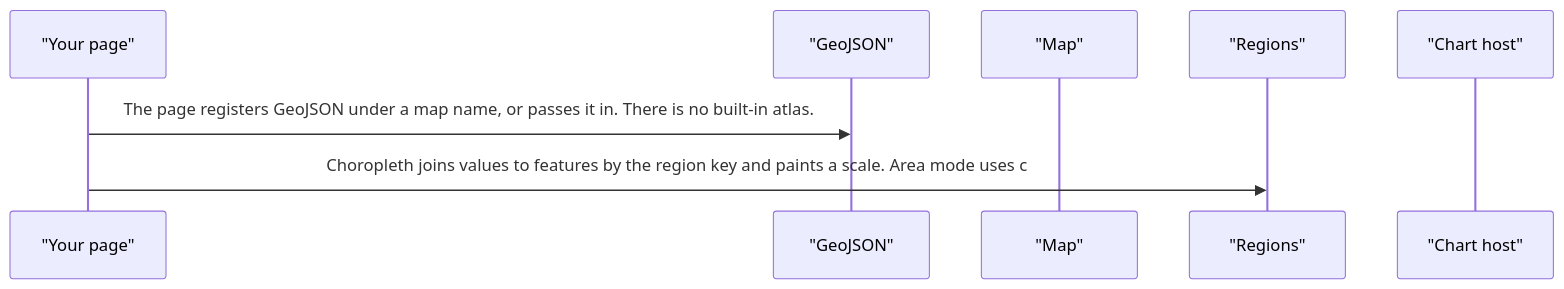
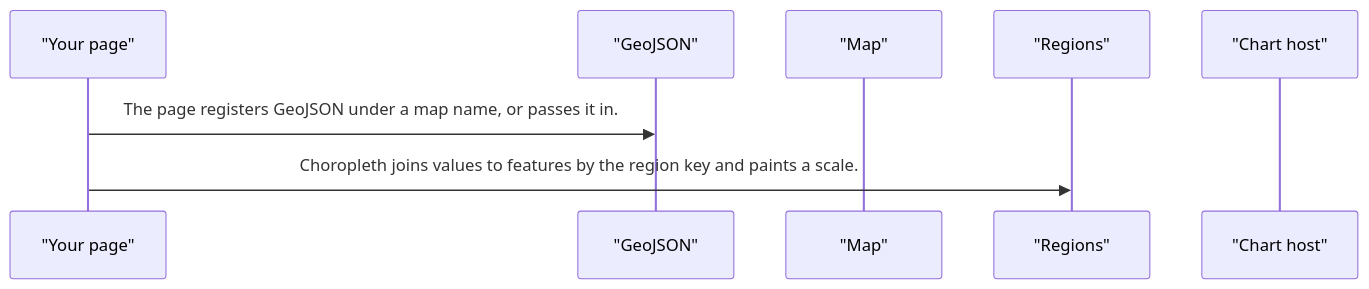
The second of 5 diagrams in projects/pixel-ui/src/lib/pixel-chart-map/DESIGN.md (RajshekharBorate/pixel-ui), drawn with Mermaid before and after one commit. The commit also changed other lines of this file and 80 other files, not shown here.

Commit message:
Fill missing design flows and correct the stories that did not match component behavior.

````diff
--- a/projects/pixel-ui/src/lib/pixel-chart-map/DESIGN.md
+++ b/projects/pixel-ui/src/lib/pixel-chart-map/DESIGN.md
@@ -68,10 +68,10 @@
 ```mermaid
 sequenceDiagram
   participant page as "Your page"
   participant geo as "GeoJSON"
   participant plot as "Map"
   participant region as "Regions"
   participant host as "Chart host"
-  page->>geo: The page registers GeoJSON under a map name, or passes it in. There is no built-in atlas.
-  page->>region: Choropleth joins values to features by the region key and paints a scale. Area mode uses c
+  page->>geo: The page registers GeoJSON under a map name, or passes it in.
+  page->>region: Choropleth joins values to features by the region key and paints a scale.
 ```
````
